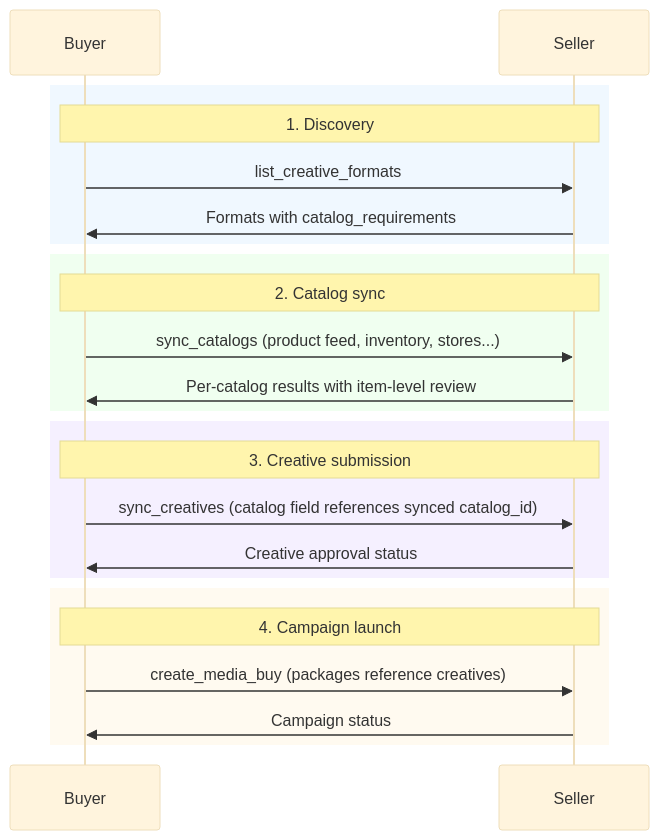
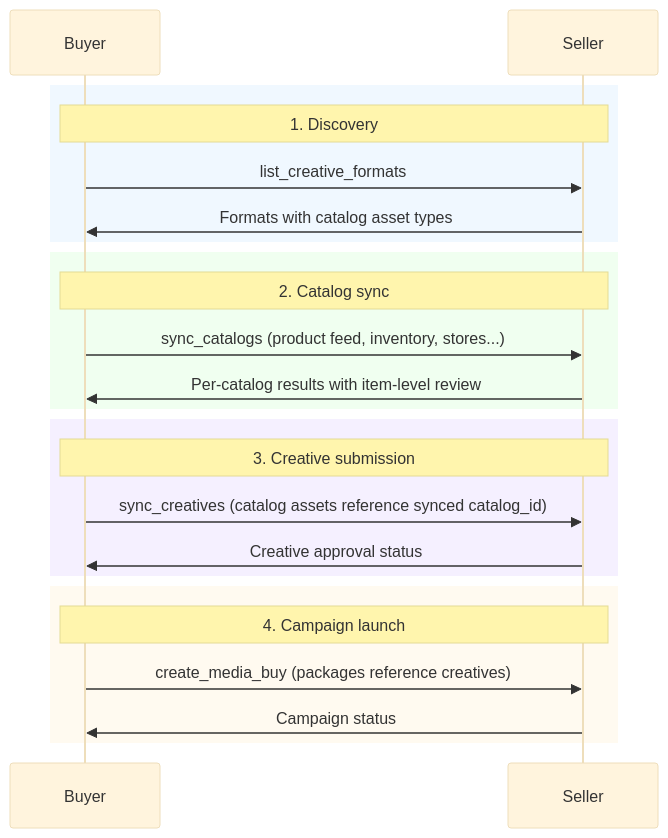
The diagram in docs/creative/catalogs.mdx (adcontextprotocol/adcp), drawn with Mermaid (base theme) before and after one commit. The commit also changed other lines of this file and 23 other files, not shown here.

First line of the commit message:
feat(schema): add compliance fields to creative brief, unify manifest to format_id + assets

````diff
--- a/docs/creative/catalogs.mdx
+++ b/docs/creative/catalogs.mdx
@@ -33,29 +33,29 @@
 ```mermaid
 sequenceDiagram
     participant B as Buyer
     participant S as Seller
 
     rect rgb(240, 248, 255)
         Note over B,S: 1. Discovery
         B->>S: list_creative_formats
-        S->>B: Formats with catalog_requirements
+        S->>B: Formats with catalog asset types
     end
 
     rect rgb(240, 255, 240)
         Note over B,S: 2. Catalog sync
         B->>S: sync_catalogs (product feed, inventory, stores...)
         S->>B: Per-catalog results with item-level review
     end
 
     rect rgb(245, 240, 255)
         Note over B,S: 3. Creative submission
-        B->>S: sync_creatives (catalog field references synced catalog_id)
+        B->>S: sync_creatives (catalog assets reference synced catalog_id)
         S->>B: Creative approval status
     end
 
     rect rgb(255, 250, 240)
         Note over B,S: 4. Campaign launch
         B->>S: create_media_buy (packages reference creatives)
         S->>B: Campaign status
     end
 ```
````
